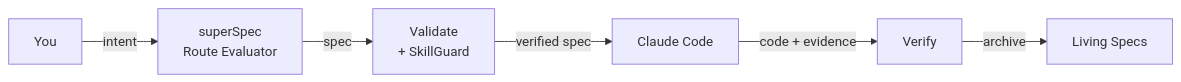
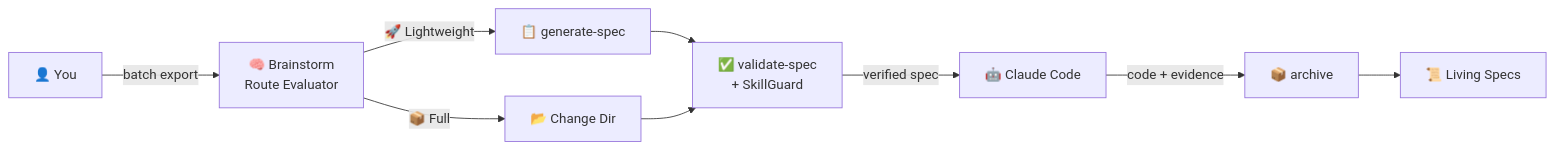
One commit to ChenJazzyBoss/superSpec changed the first of 2 diagrams in README.md. Above: the diagram before and after it, drawn with Mermaid. The commit also changed other lines of this file and 2 other files, not shown here.

Commit message:
功能(校验): 借鉴 OpenSpec 补充 3 个跨 section 安全校验 + 更新概览图和 badge

````diff
--- a/README.md
+++ b/README.md
@@ -36,8 +36,11 @@
 ```mermaid
 flowchart LR
-    You["You"] -- "intent" --> Route["superSpec<br/>Route Evaluator"]
-    Route -- "spec" --> Validate["Validate<br/>+ SkillGuard"]
-    Validate -- "verified spec" --> Claude["Claude Code"]
-    Claude -- "code + evidence" --> Verify["Verify"]
-    Verify -- "archive" --> Specs["Living Specs"]
+    You["👤 You"] -- "batch export" --> BS["🧠 Brainstorm<br/>Route Evaluator"]
+    BS -->|"🚀 Lightweight"| GS["📋 generate-spec"]
+    BS -->|"📦 Full"| CH["📂 Change Dir"]
+    GS --> V["✅ validate-spec<br/>+ SkillGuard"]
+    CH --> V
+    V -->|"verified spec"| CC["🤖 Claude Code"]
+    CC -->|"code + evidence"| AR["📦 archive"]
+    AR --> LS["📜 Living Specs"]
 ```
````
